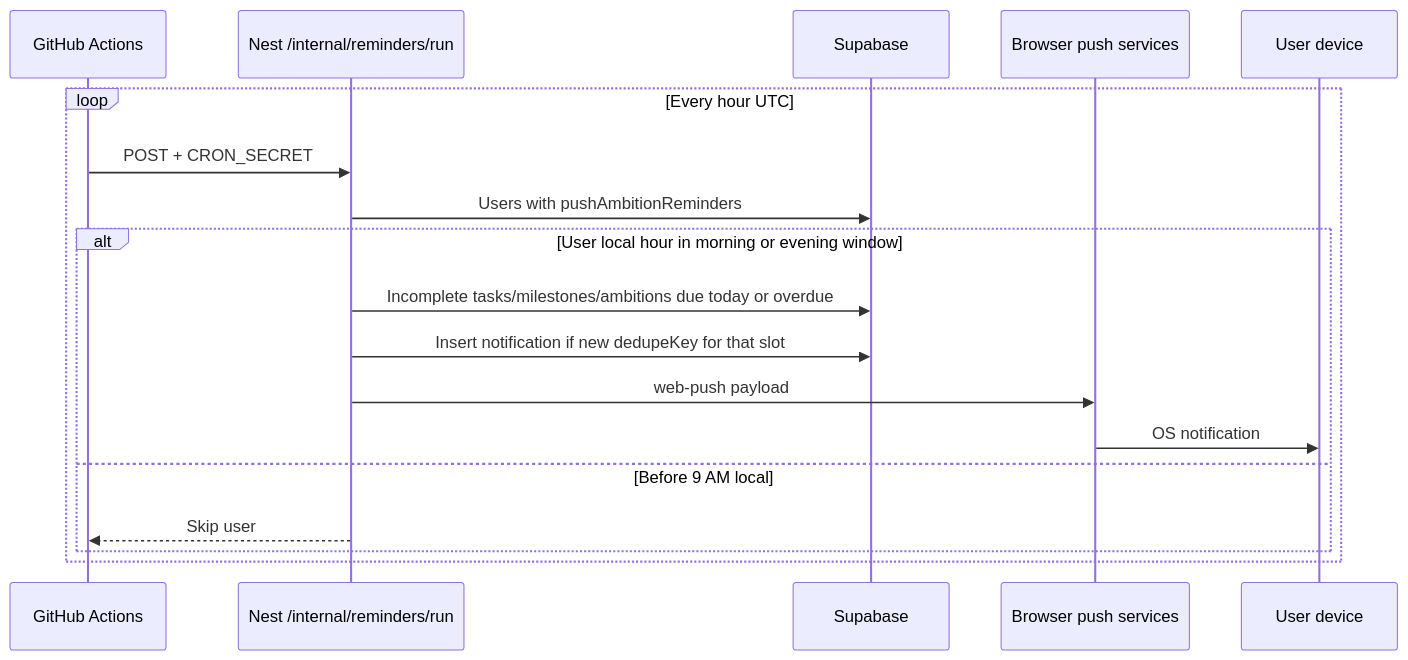
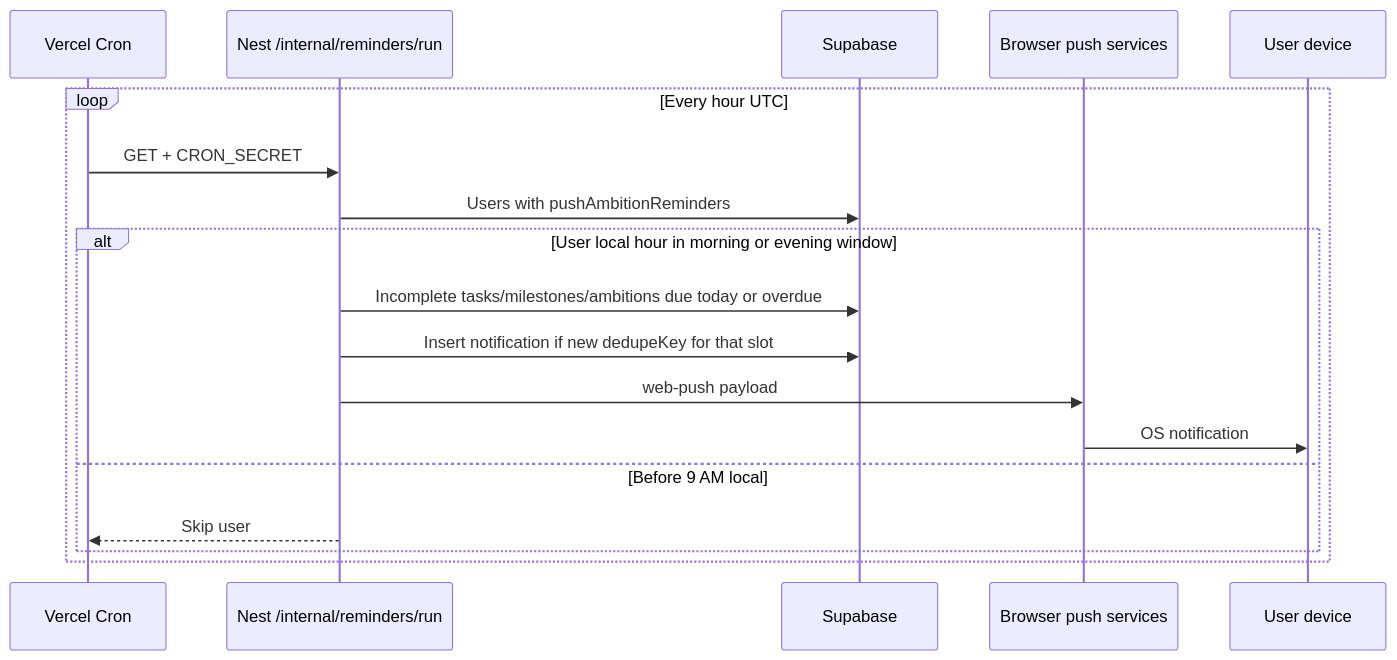
The third of 4 diagrams in apps/backend/docs/notifications-cron.md (hemants1703/AmbitiousYou), drawn with Mermaid before and after one commit. The commit also changed other lines of this file and 33 other files, not shown here.

````diff
--- a/apps/backend/docs/notifications-cron.md
+++ b/apps/backend/docs/notifications-cron.md
@@ -103,21 +105,21 @@
 ```mermaid
 sequenceDiagram
-  participant GA as GitHub Actions
+  participant VC as Vercel Cron
   participant API as Nest /internal/reminders/run
   participant DB as Supabase
   participant Push as Browser push services
   participant Device as User device
 
   loop Every hour UTC
-    GA->>API: POST + CRON_SECRET
+    VC->>API: GET + CRON_SECRET
     API->>DB: Users with pushAmbitionReminders
     alt User local hour in morning or evening window
       API->>DB: Incomplete tasks/milestones/ambitions due today or overdue
       API->>DB: Insert notification if new dedupeKey for that slot
       API->>Push: web-push payload
       Push->>Device: OS notification
     else Before 9 AM local
-      API-->>GA: Skip user
+      API-->>VC: Skip user
     end
   end
 ```
````
